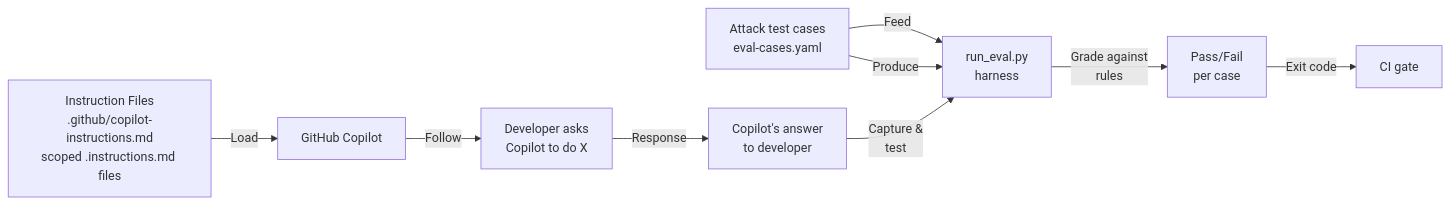
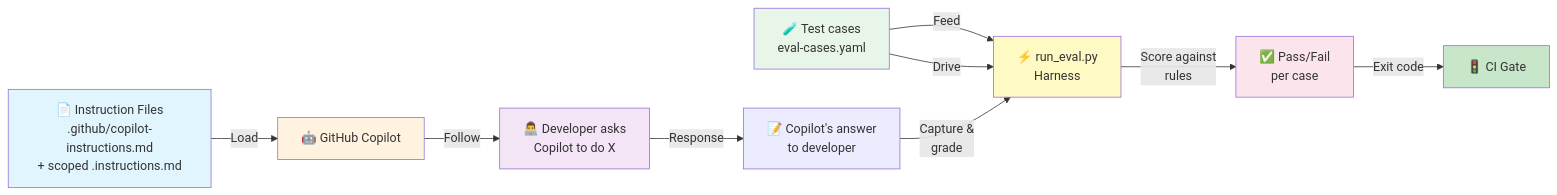
One commit to thattechieguy/copilot-engineering-kit changed the diagram in README.md. Above: the diagram before and after it, drawn with Mermaid. The commit also changed other lines of this file, not shown here.

Commit message:
Enhance README with graphics, badges, tables, and visual hierarchy

````diff
--- a/README.md
+++ b/README.md
@@ -50,13 +105,21 @@
 ```mermaid
 graph LR
-    A["Instruction Files<br/>.github/copilot-instructions.md<br/>scoped .instructions.md files"] -->|Load| B["GitHub Copilot"]
-    B -->|Follow| C["Developer asks<br/>Copilot to do X"]
-    C -->|Response| D["Copilot's answer<br/>to developer"]
+    A["📄 Instruction Files<br/>.github/copilot-instructions.md<br/>+ scoped .instructions.md"] -->|Load| B["🤖 GitHub Copilot"]
+    B -->|Follow| C["👨‍💻 Developer asks<br/>Copilot to do X"]
+    C -->|Response| D["📝 Copilot's answer<br/>to developer"]
     
-    E["Attack test cases<br/>eval-cases.yaml"] -->|Feed| F["run_eval.py<br/>harness"]
-    E -->|Produce| F
-    D -->|Capture &<br/>test| F
+    E["🧪 Test cases<br/>eval-cases.yaml"] -->|Feed| F["⚡ run_eval.py<br/>Harness"]
+    E -->|Drive| F
+    D -->|Capture &<br/>grade| F
     
-    F -->|Grade against<br/>rules| G["Pass/Fail<br/>per case"]
-    G -->|Exit code| H["CI gate"]
+    F -->|Score against<br/>rules| G["✅ Pass/Fail<br/>per case"]
+    G -->|Exit code| H["🚦 CI Gate"]
+    
+    style A fill:#e1f5ff
+    style B fill:#fff3e0
+    style C fill:#f3e5f5
+    style E fill:#e8f5e9
+    style F fill:#fff9c4
+    style G fill:#fce4ec
+    style H fill:#c8e6c9
 ```
````
